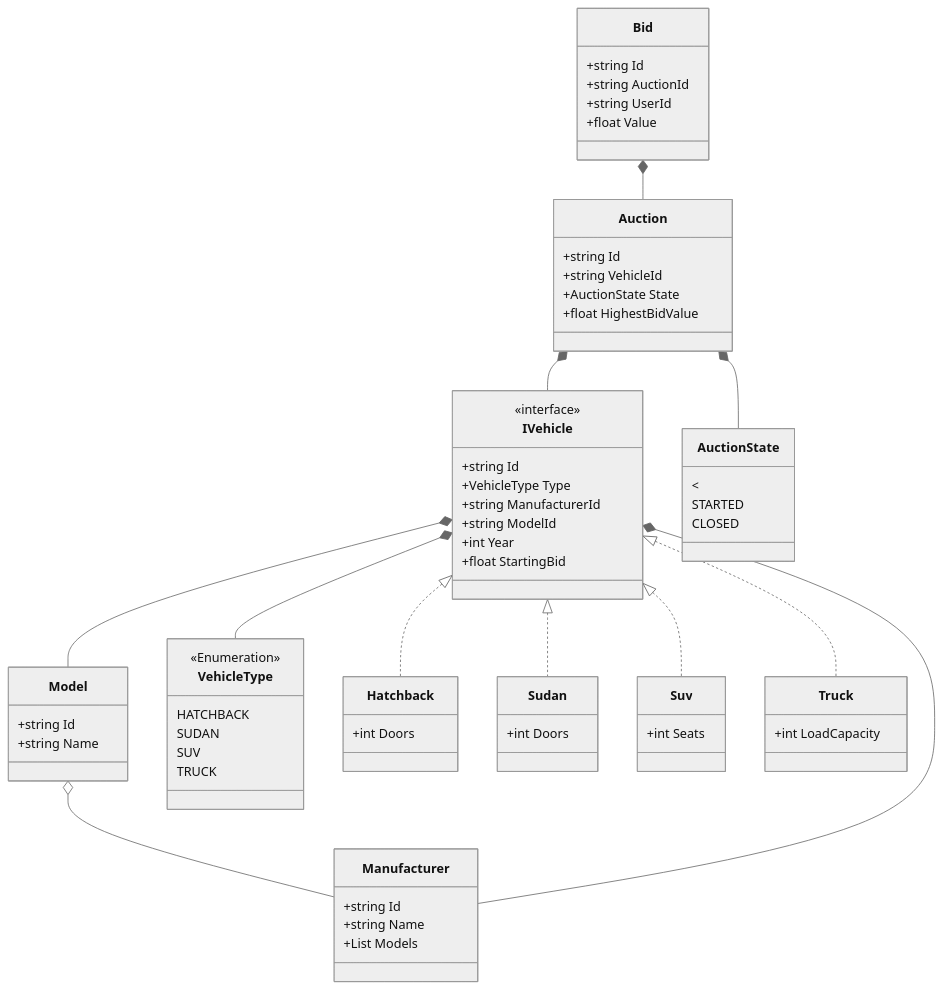
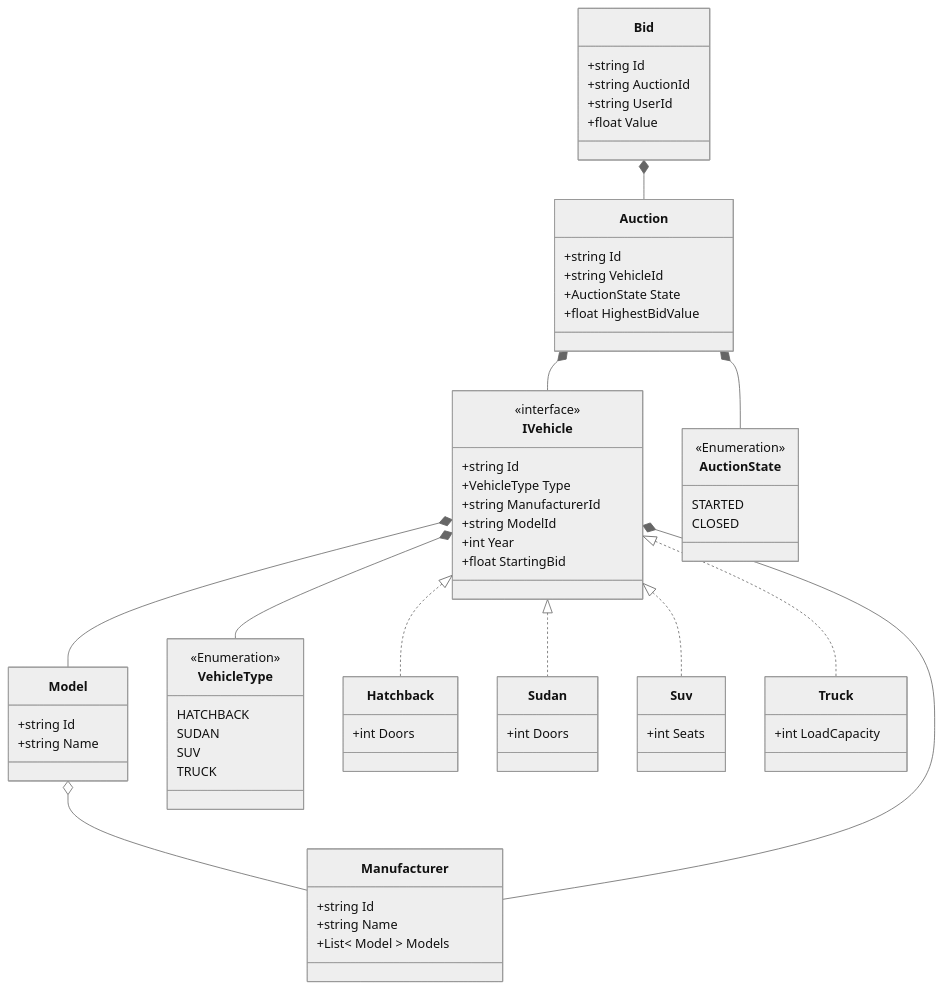
The first of 3 diagrams in readme.md (diogosantosmendes/bds_coding_test), drawn with Mermaid (neutral theme) before and after one commit. The commit also changed other lines of this file, not shown here.

````diff
--- a/readme.md
+++ b/readme.md
@@ -19,73 +25,73 @@
 ```mermaid
 classDiagram
 	Model o-- Manufacturer
 
 	IVehicle *-- Manufacturer
 	IVehicle *-- Model
 	IVehicle *-- VehicleType
 
 	IVehicle <|.. Hatchback
 	IVehicle <|.. Sudan
 	IVehicle <|.. Suv
 	IVehicle <|.. Truck
 
     Auction *-- IVehicle
     Auction *-- AuctionState
 
     Bid *-- Auction
 
     class Manufacturer{
         +string Id
         +string Name
-        +List<Model> Models
+        +List< Model > Models
     }
     class Model{
         +string Id
         +string Name
     }
     class VehicleType{
         <<Enumeration>>
         HATCHBACK
         SUDAN
         SUV
         TRUCK
     }
     class IVehicle{
-	    <<interface>>
+	<<interface>>
         +string Id
         +VehicleType Type
         +string ManufacturerId
         +string ModelId
         +int Year
         +float StartingBid
     }
     class Hatchback{
         +int Doors
     }
     class Sudan{
         +int Doors
     }
     class Suv{
         +int Seats
     }
     class Truck{
         +int LoadCapacity
     }
     class AuctionState{
-        <<Enumeration>
+        <<Enumeration>>
         STARTED
         CLOSED
     }
     class Auction{
         +string Id
         +string VehicleId
         +AuctionState State
         +float HighestBidValue
     }
     class Bid{
         +string Id
         +string AuctionId
         +string UserId
         +float Value
     }
 ```
````
